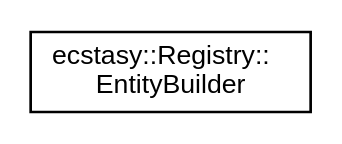
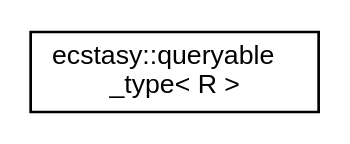
Before and after one commit to AndreasLrx/ecstasy: the diagram in inherit_graph_49.dot, drawn with Graphviz. The commit also changed 604 other files, not shown here.

```diff
--- a/inherit_graph_49.dot
+++ b/inherit_graph_49.dot
@@ -1,8 +1,8 @@
 digraph "Graphical Class Hierarchy"
 {
  // LATEX_PDF_SIZE
   edge [fontname="Helvetica",fontsize="10",labelfontname="Helvetica",labelfontsize="10"];
   node [fontname="Helvetica",fontsize="10",shape=record];
   rankdir="LR";
-  Node0 [label="ecstasy::Registry::\lEntityBuilder",height=0.2,width=0.4,color="black", fillcolor="white", style="filled",URL="$classecstasy_1_1_registry_1_1_entity_builder.html",tooltip="Entity Builder using the registry storages."];
+  Node0 [label="ecstasy::queryable\l_type\< R \>",height=0.2,width=0.4,color="black", fillcolor="white", style="filled",URL="$structecstasy_1_1queryable__type_3_01_r_01_4.html",tooltip="Try to get the type of a queryable associated to a type stored in the registry (component,..."];
 }
```
